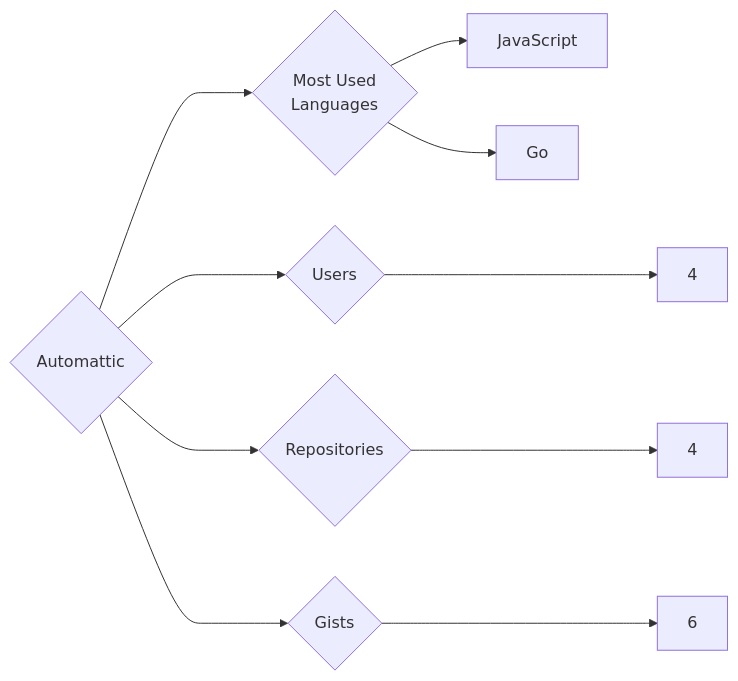
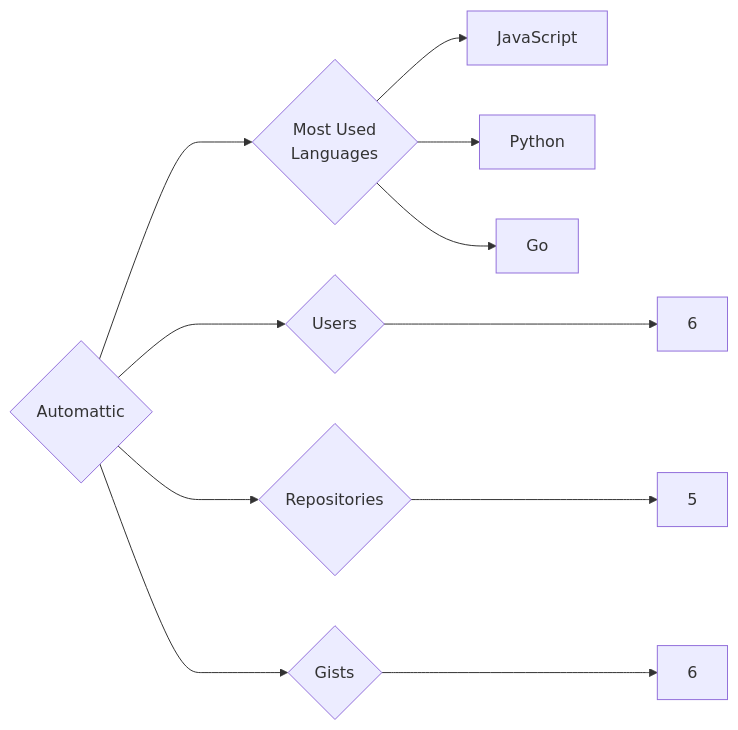
One commit to trickest/insiders changed the diagram in targets/Automattic/README.md. Above: the diagram before and after it, drawn with Mermaid. The commit also changed 1084 other files, not shown here.

````diff
--- a/targets/Automattic/README.md
+++ b/targets/Automattic/README.md
@@ -3,10 +3,11 @@
 ```mermaid
 graph LR
 COMPANY_NAME{Automattic}
-COMPANY_NAME ---> U{Users} ---> UN[4]
-COMPANY_NAME ---> R{Repositories} ---> RN[4]
+COMPANY_NAME ---> U{Users} ---> UN[6]
+COMPANY_NAME ---> R{Repositories} ---> RN[5]
 COMPANY_NAME ---> G{Gists} ---> GN[6]
 COMPANY_NAME ---> ML{Most Used<br>Languages}
 ML --> JavaScript[JavaScript]
+ML --> Python[Python]
 ML --> Go[Go]
 ```
````
